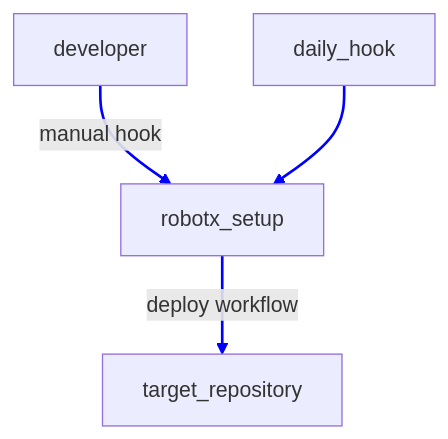
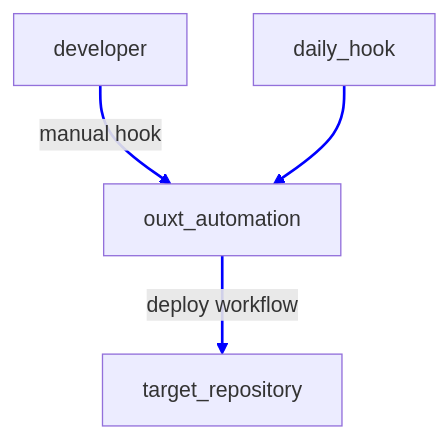
One commit to OUXT-Polaris/ouxt_automation changed the fourth of 5 diagrams in docs/docs/automation_pipeline.md. Above: the diagram before and after it, drawn with Mermaid. The commit also changed other lines of this file and 5 other files, not shown here.

````diff
--- a/docs/docs/automation_pipeline.md
+++ b/docs/docs/automation_pipeline.md
@@ -74,12 +74,12 @@
 ```mermaid
 graph TB
-    developer --manual hook-->robotx_setup
-    daily_hook --> robotx_setup
-    robotx_setup -- deploy workflow --> target_repository
+    developer --manual hook-->ouxt_automation
+    daily_hook --> ouxt_automation
+    ouxt_automation -- deploy workflow --> target_repository
 
     linkStyle 0 stroke-width:2px,stroke:blue;
     linkStyle 1 stroke-width:2px,stroke:blue;
     linkStyle 2 stroke-width:2px,stroke:blue;
 
-    click robotx_setup "https://github.com/OUXT-Polaris/robotx_setup" "robotx_setup repository"
+    click ouxt_automation "https://github.com/OUXT-Polaris/ouxt_automation" "ouxt_automation repository"
 ```
````
